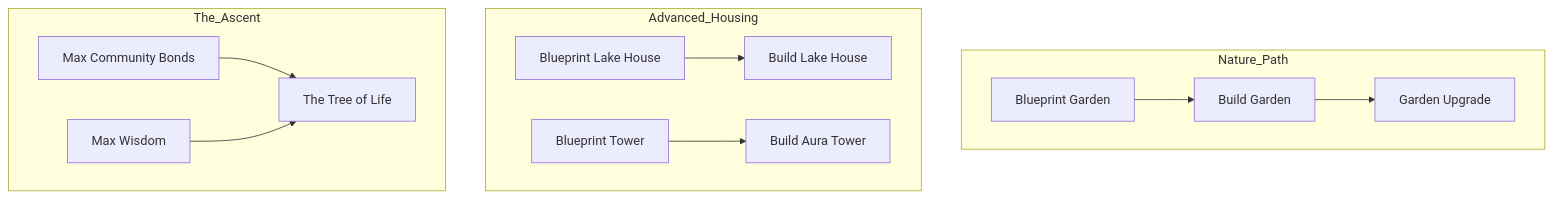
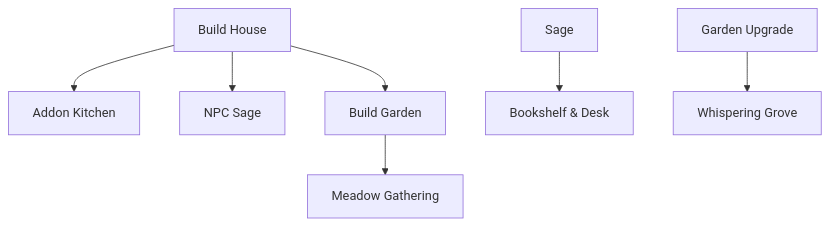
The third of 3 diagrams in docs/PROGRESSION.md (Lassandriel/My-earned-Wings), drawn with Mermaid before and after one commit. The commit also changed other lines of this file and 85 other files, not shown here.

````diff
--- a/docs/PROGRESSION.md
+++ b/docs/PROGRESSION.md
@@ -79,17 +55,12 @@
 ```mermaid
 graph TD
-    subgraph Nature_Path
-        BlueprintGarden[Blueprint Garden] --> Garden[Build Garden]
-        Garden --> UpgradeGarden[Garden Upgrade]
-    end
+    House[Build House] --> Kitchen[Addon Kitchen]
 
-    subgraph Advanced_Housing
-        BlueprintLake[Blueprint Lake House] --> LakeHouse[Build Lake House]
-        BlueprintTower[Blueprint Tower] --> Tower[Build Aura Tower]
-    end
-    
-    subgraph The_Ascent
-        Community[Max Community Bonds] --> TreeOfLife[The Tree of Life]
-        Wisdom[Max Wisdom] --> TreeOfLife
-    end
+    House --> LocalSage[NPC Sage]
+    Sage --> Library[Bookshelf & Desk]
+
+    House --> Garden[Build Garden]
+    Garden --> Meadow[Meadow Gathering]
+
+    UpgradeGarden[Garden Upgrade] --> WhisperingGrove[Whispering Grove]
 ```
````
